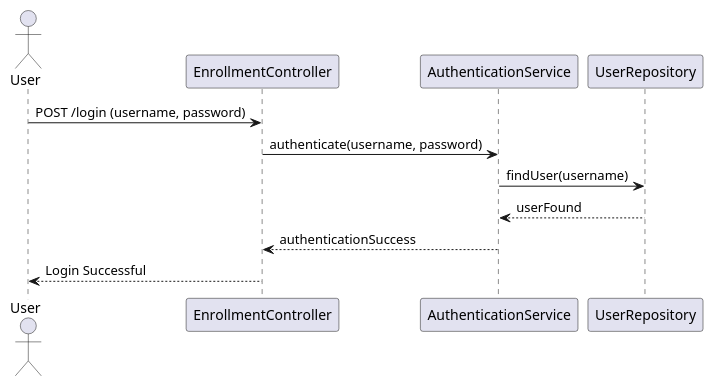
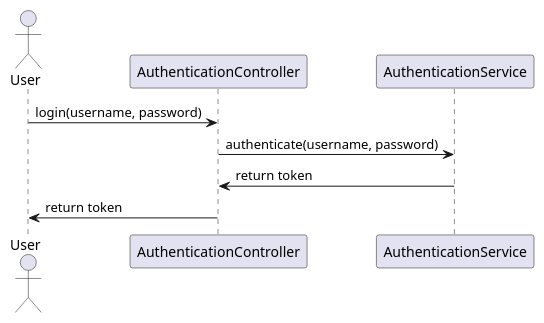
Before and after one commit to Dinesh-s95/AutoDoc.ai: the second of 4 diagrams in enrollment/documentation/detaileddesign.adoc, drawn with PlantUML. The commit also changed other lines of this file and 4 other files, not shown here.

```diff
--- a/enrollment/documentation/detaileddesign.adoc
+++ b/enrollment/documentation/detaileddesign.adoc
@@ -204,12 +214,13 @@
-[plantuml, authentication-flow, png]
+[plantuml, authentication-sequence, png]
 ----
 @startuml
-actor User
-User -> EnrollmentController: POST /login (username, password)
-EnrollmentController -> AuthenticationService: authenticate(username, password)
-AuthenticationService -> UserRepository: findUser(username)
-UserRepository --> AuthenticationService: userFound
-AuthenticationService --> EnrollmentController: authenticationSuccess
-EnrollmentController --> User: Login Successful
+actor "User" as user
+participant "AuthenticationController" as authController
+participant "AuthenticationService" as authService
+
+user -> authController : login(username, password)
+authController -> authService : authenticate(username, password)
+authService -> authController : return token
+authController -> user : return token
 @enduml
 ----
```
